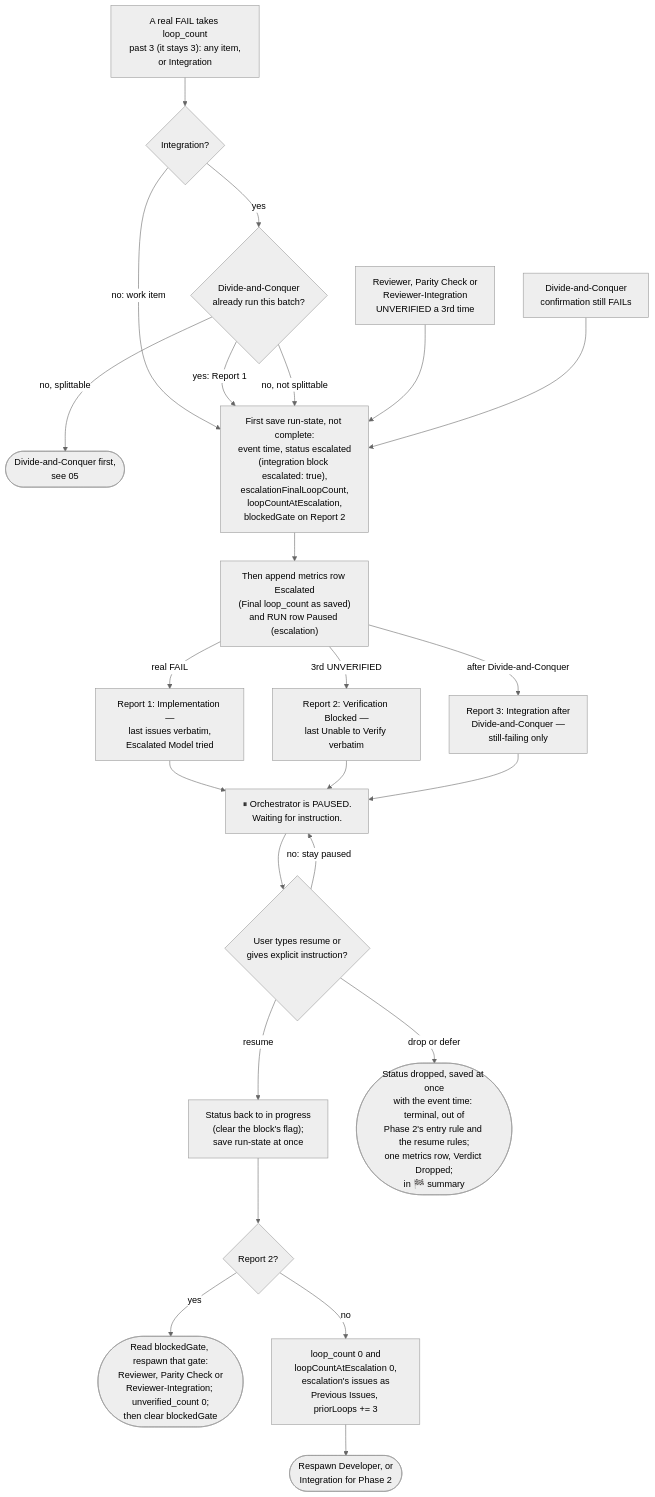
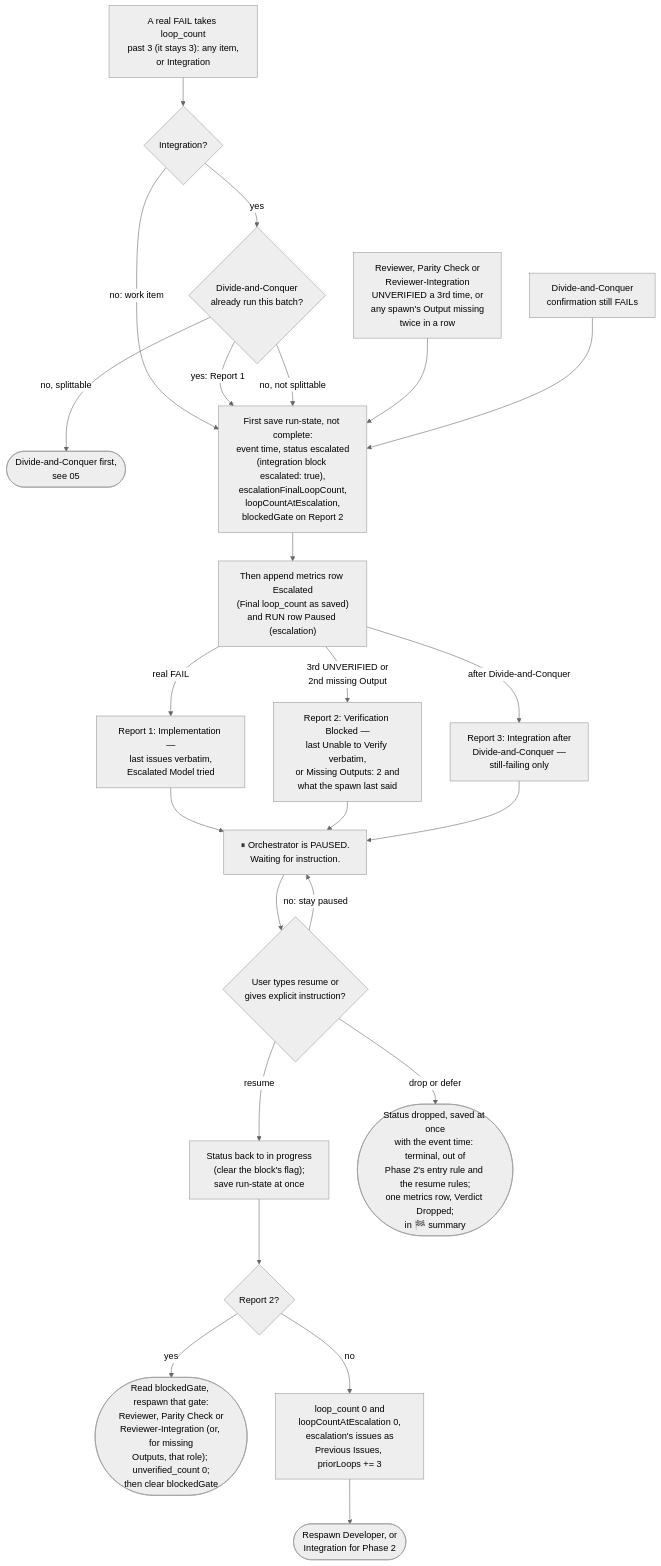
One commit to muhammedalikhan86/claude-stash changed the diagram in skills/orchestrator-development-pattern/mermaid/08-escalation.md. Above: the diagram before and after it, drawn with Mermaid (neutral theme). The commit also changed 32 other files, not shown here.

````diff
--- a/skills/orchestrator-development-pattern/mermaid/08-escalation.md
+++ b/skills/orchestrator-development-pattern/mermaid/08-escalation.md
@@ -6,44 +6,44 @@
 ```mermaid
 flowchart TD
     T1["A real FAIL takes loop_count<br/>past 3 (it stays 3): any item,<br/>or Integration"]
-    T2["Reviewer, Parity Check or<br/>Reviewer-Integration<br/>UNVERIFIED a 3rd time"]
+    T2["Reviewer, Parity Check or<br/>Reviewer-Integration<br/>UNVERIFIED a 3rd time, or<br/>any spawn's Output missing<br/>twice in a row"]
     T3["Divide-and-Conquer<br/>confirmation still FAILs"]
     IntQ{"Integration?"}
     Ran{"Divide-and-Conquer<br/>already run this batch?"}
     DC(["Divide-and-Conquer first,<br/>see 05"])
     Save["First save run-state, not complete:<br/>event time, status escalated<br/>(integration block escalated: true),<br/>escalationFinalLoopCount,<br/>loopCountAtEscalation,<br/>blockedGate on Report 2"]
     Rec["Then append metrics row Escalated<br/>(Final loop_count as saved)<br/>and RUN row Paused (escalation)"]
     R1["Report 1: Implementation —<br/>last issues verbatim,<br/>Escalated Model tried"]
-    R2["Report 2: Verification Blocked —<br/>last Unable to Verify verbatim"]
+    R2["Report 2: Verification Blocked —<br/>last Unable to Verify verbatim,<br/>or Missing Outputs: 2 and<br/>what the spawn last said"]
     R3["Report 3: Integration after<br/>Divide-and-Conquer —<br/>still-failing only"]
     Pause["⏸ Orchestrator is PAUSED.<br/>Waiting for instruction."]
     Wait{"User types resume or<br/>gives explicit instruction?"}
     Kind{"Report 2?"}
     Unp["Status back to in progress<br/>(clear the block's flag);<br/>save run-state at once"]
-    Again(["Read blockedGate, respawn that gate:<br/>Reviewer, Parity Check or<br/>Reviewer-Integration; unverified_count 0;<br/>then clear blockedGate"])
+    Again(["Read blockedGate, respawn that gate:<br/>Reviewer, Parity Check or<br/>Reviewer-Integration (or, for missing<br/>Outputs, that role); unverified_count 0;<br/>then clear blockedGate"])
     Reset["loop_count 0 and<br/>loopCountAtEscalation 0,<br/>escalation's issues as<br/>Previous Issues, priorLoops += 3"]
     Go(["Respawn Developer, or<br/>Integration for Phase 2"])
     Drop(["Status dropped, saved at once<br/>with the event time: terminal, out of<br/>Phase 2's entry rule and the resume rules;<br/>one metrics row, Verdict Dropped;<br/>in 🏁 summary"])
 
     T1 --> IntQ
     IntQ -->|"no: work item"| Save
     IntQ -->|yes| Ran
     Ran -->|"yes: Report 1"| Save
     Ran -->|"no, splittable"| DC
     Ran -->|"no, not splittable"| Save
     T2 --> Save
     T3 --> Save
     Save --> Rec
     Rec -->|"real FAIL"| R1
-    Rec -->|"3rd UNVERIFIED"| R2
+    Rec -->|"3rd UNVERIFIED or<br/>2nd missing Output"| R2
     Rec -->|"after Divide-and-Conquer"| R3
     R1 --> Pause
     R2 --> Pause
     R3 --> Pause
     Pause --> Wait
     Wait -->|"no: stay paused"| Pause
     Wait -->|resume| Unp --> Kind
     Wait -->|"drop or defer"| Drop
     Kind -->|yes| Again
     Kind -->|no| Reset --> Go
 ```
````
